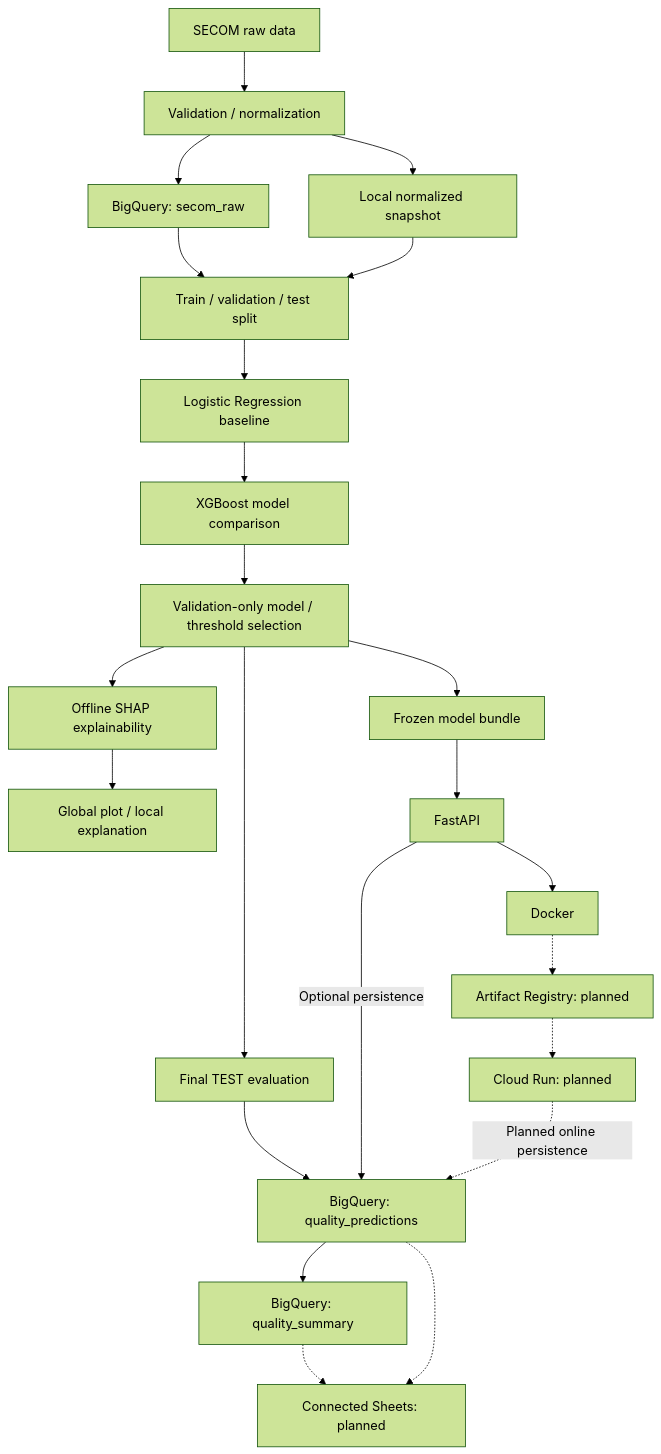
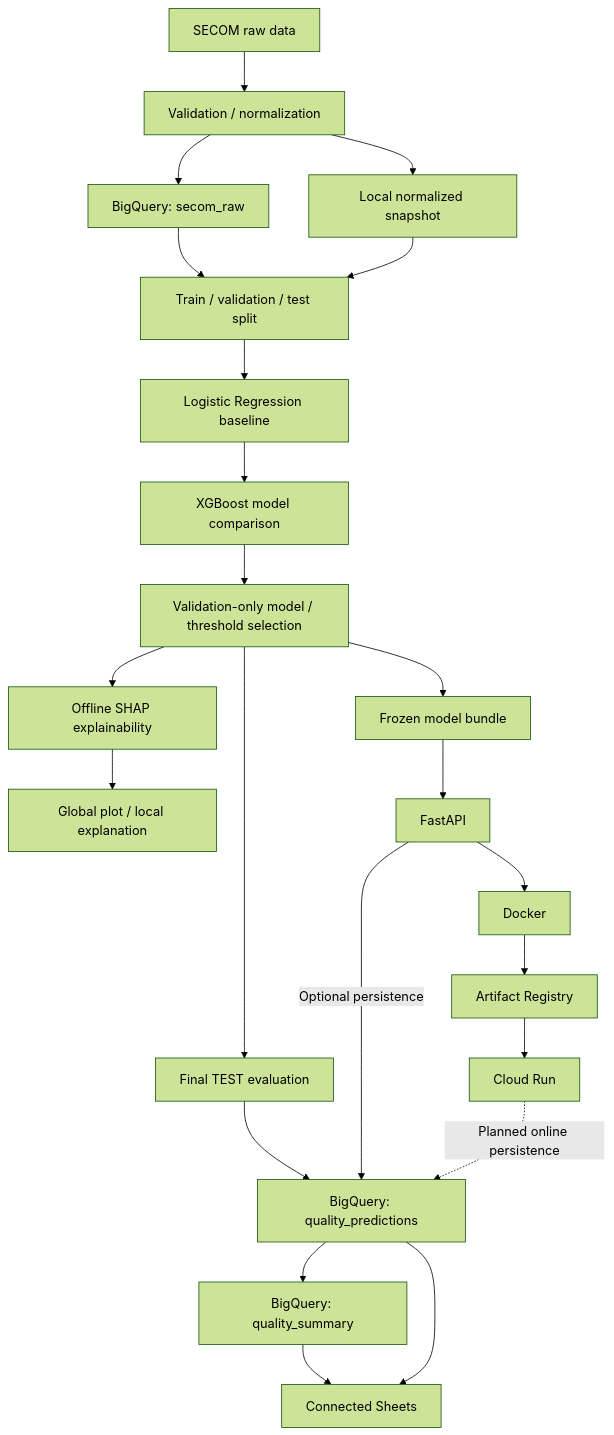
The diagram in README.md (Raykim0117/manufacturing-ai-quality-analytics), drawn with Mermaid (forest theme) before and after one commit. The commit also changed other lines of this file, not shown here.

Commit message:
Update README with verified cloud deployment and Connected Sheets

````diff
--- a/README.md
+++ b/README.md
@@ -9,25 +9,25 @@
 ```mermaid
 flowchart TD
     raw[SECOM raw data] --> normalize[Validation / normalization]
     normalize --> bq[BigQuery: secom_raw]
     normalize --> cache[Local normalized snapshot]
     bq --> split[Train / validation / test split]
     cache --> split
     split --> lr[Logistic Regression baseline]
     lr --> xgb[XGBoost model comparison]
     xgb --> select[Validation-only model / threshold selection]
     select --> test[Final TEST evaluation]
     select --> shap[Offline SHAP explainability]
     shap --> explanations[Global plot / local explanation]
     test --> predictions[BigQuery: quality_predictions]
     predictions --> summary[BigQuery: quality_summary]
     select --> bundle[Frozen model bundle]
     bundle --> api[FastAPI]
     api --> docker[Docker]
     api -->|Optional persistence| predictions
-    docker -.-> registry[Artifact Registry: planned]
-    registry -.-> run[Cloud Run: planned]
+    docker --> registry[Artifact Registry]
+    registry --> run[Cloud Run]
     run -.->|Planned online persistence| predictions
-    summary -.-> sheets[Connected Sheets: planned]
-    predictions -.-> sheets
+    summary --> sheets[Connected Sheets]
+    predictions --> sheets
 ```
````
